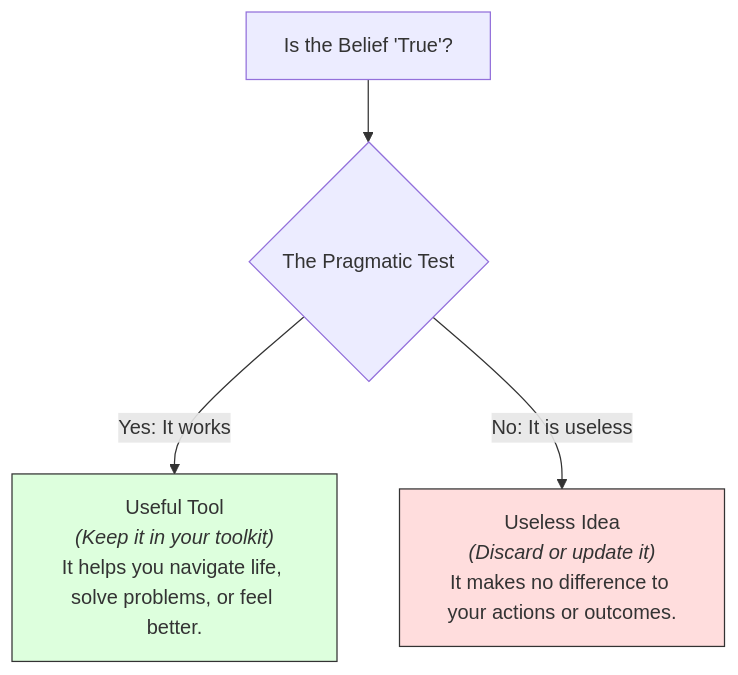
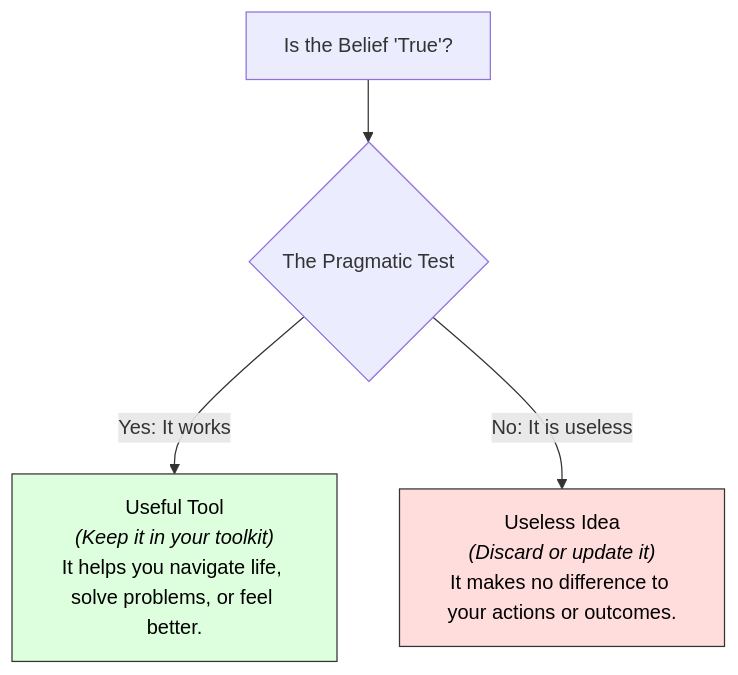
Before and after one commit to AtlasRoX/everything101: the diagram in humanities-finance-society/Philosophy/Pragmatism101.md, drawn with Mermaid. The commit also changed 27 other files, not shown here.

````diff
--- a/humanities-finance-society/Philosophy/Pragmatism101.md
+++ b/humanities-finance-society/Philosophy/Pragmatism101.md
@@ -21,9 +21,9 @@
 ```mermaid
 graph TD
     Belief[Is the Belief 'True'?] --> Test{The Pragmatic Test}
     Test -->|Yes: It works| Tool["Useful Tool<br><i>(Keep it in your toolkit)</i><br>It helps you navigate life, solve problems, or feel better."]
     Test -->|No: It is useless| Trash["Useless Idea<br><i>(Discard or update it)</i><br>It makes no difference to your actions or outcomes."]
     
-    style Tool fill:#dfd,stroke:#333
-    style Trash fill:#fdd,stroke:#333
+    style Tool fill:#dfd,stroke:#333,color:#000
+    style Trash fill:#fdd,stroke:#333,color:#000
 ```
````
